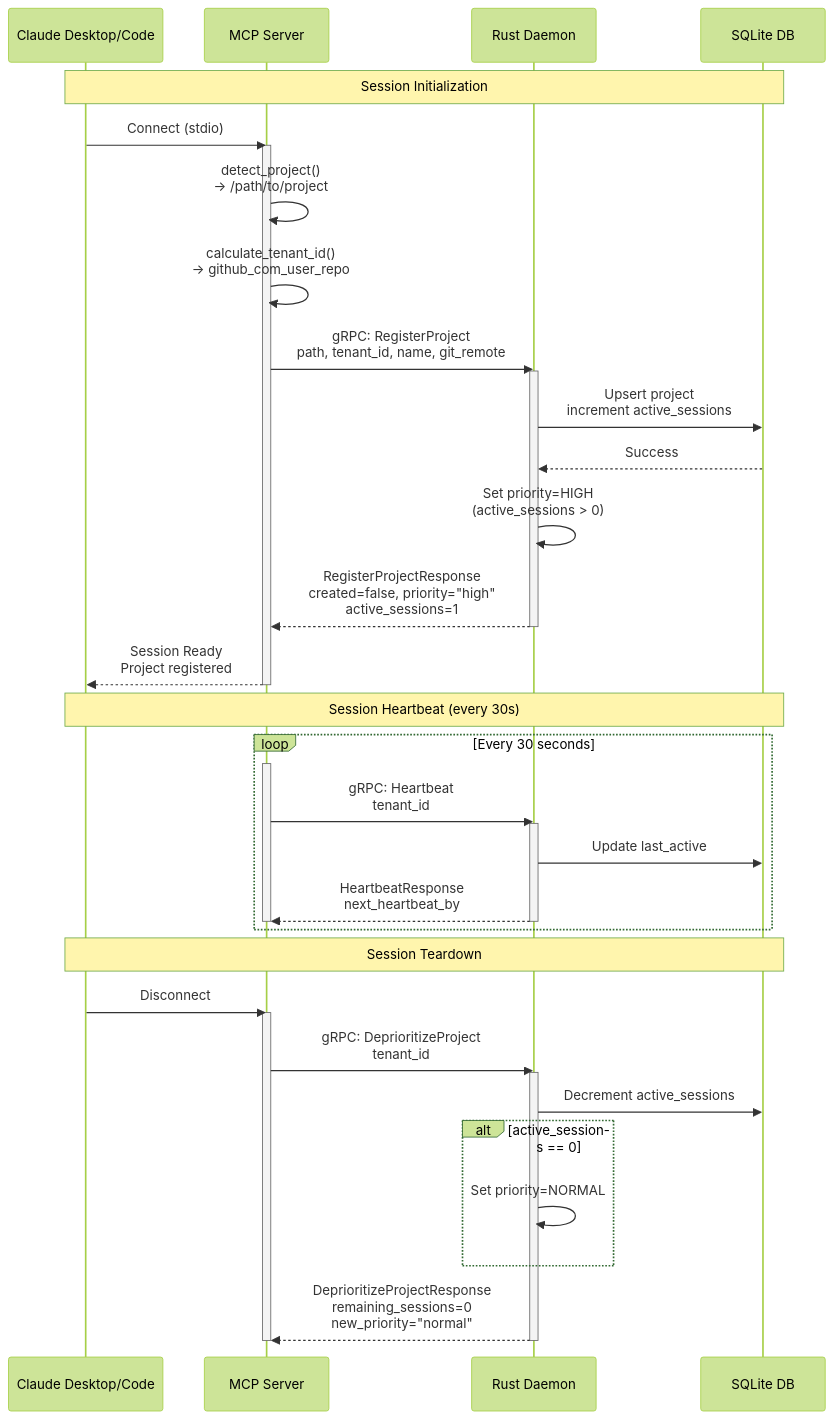
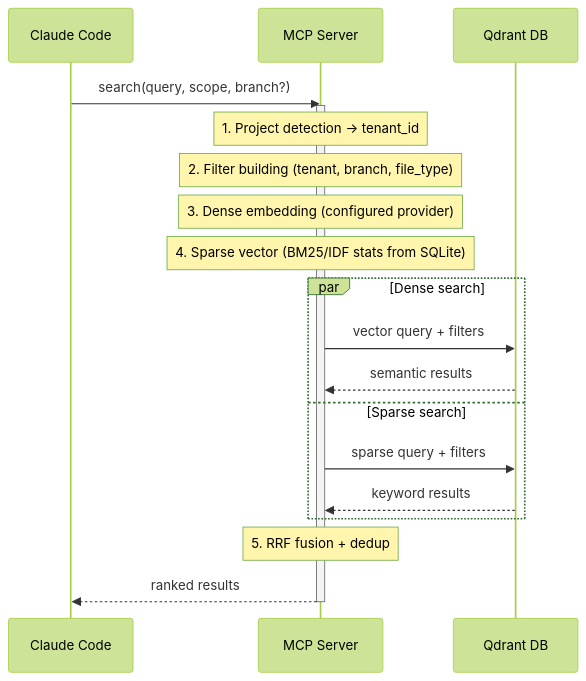
Before and after one commit to ChrisGVE/workspace-qdrant-mcp: the fifth of 5 diagrams in docs/ARCHITECTURE.md, drawn with Mermaid (forest theme). The commit also changed other lines of this file, not shown here.

First line of the commit message:
docs: rewrite ARCHITECTURE.md for the all-Rust architecture

````diff
--- a/docs/ARCHITECTURE.md
+++ b/docs/ARCHITECTURE.md
@@ -602,59 +202,26 @@
 ```mermaid
 sequenceDiagram
-    participant Claude as Claude Desktop/Code
+    participant Claude as Claude Code
     participant MCP as MCP Server
-    participant Daemon as Rust Daemon
-    participant SQLite as SQLite DB
+    participant Qdrant as Qdrant DB
 
-    Note over Claude,SQLite: Session Initialization
-
-    Claude->>MCP: Connect (stdio)
+    Claude->>MCP: search(query, scope, branch?)
 
     activate MCP
-    MCP->>MCP: detect_project()<br/>→ /path/to/project
-    MCP->>MCP: calculate_tenant_id()<br/>→ github_com_user_repo
+    Note over MCP: 1. Project detection → tenant_id
+    Note over MCP: 2. Filter building (tenant, branch, file_type)
+    Note over MCP: 3. Dense embedding (configured provider)
+    Note over MCP: 4. Sparse vector (BM25/IDF stats from SQLite)
 
-    MCP->>Daemon: gRPC: RegisterProject<br/>path, tenant_id, name, git_remote
-
-    activate Daemon
-    Daemon->>SQLite: Upsert project<br/>increment active_sessions
-    SQLite-->>Daemon: Success
-
-    Daemon->>Daemon: Set priority=HIGH<br/>(active_sessions > 0)
-    Daemon-->>MCP: RegisterProjectResponse<br/>created=false, priority="high"<br/>active_sessions=1
-    deactivate Daemon
-
-    MCP-->>Claude: Session Ready<br/>Project registered
-    deactivate MCP
-
-    Note over Claude,SQLite: Session Heartbeat (every 30s)
-
-    loop Every 30 seconds
-        activate MCP
-        MCP->>Daemon: gRPC: Heartbeat<br/>tenant_id
-
-        activate Daemon
-        Daemon->>SQLite: Update last_active
-        Daemon-->>MCP: HeartbeatResponse<br/>next_heartbeat_by
-        deactivate Daemon
-        deactivate MCP
+    par Dense search
+        MCP->>Qdrant: vector query + filters
+        Qdrant-->>MCP: semantic results
+    and Sparse search
+        MCP->>Qdrant: sparse query + filters
+        Qdrant-->>MCP: keyword results
     end
 
-    Note over Claude,SQLite: Session Teardown
-
-    Claude->>MCP: Disconnect
-
-    activate MCP
-    MCP->>Daemon: gRPC: DeprioritizeProject<br/>tenant_id
-
-    activate Daemon
-    Daemon->>SQLite: Decrement active_sessions
-
-    alt active_sessions == 0
-        Daemon->>Daemon: Set priority=NORMAL
-    end
-
-    Daemon-->>MCP: DeprioritizeProjectResponse<br/>remaining_sessions=0<br/>new_priority="normal"
-    deactivate Daemon
+    Note over MCP: 5. RRF fusion + dedup
+    MCP-->>Claude: ranked results
     deactivate MCP
 ```
````
